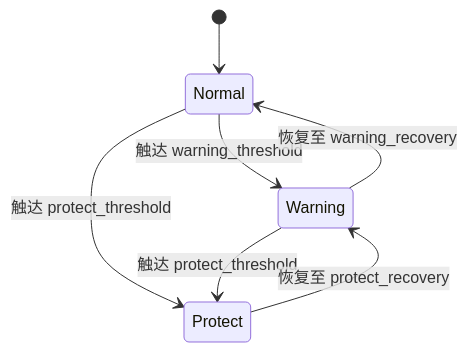
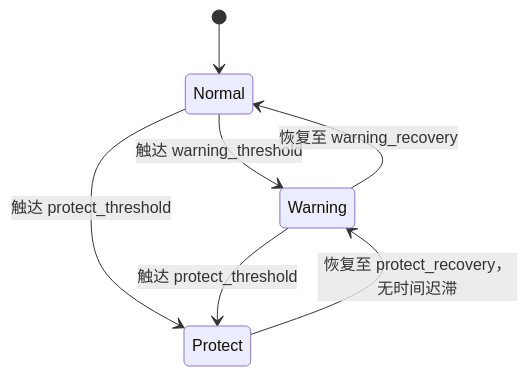
One commit to qingmeijiupiao/Wireless_power_meter_lite changed the first of 3 diagrams in components/app/protect/README.md. Above: the diagram before and after it, drawn with Mermaid. The commit also changed other lines of this file and 6 other files, not shown here.

````diff
--- a/components/app/protect/README.md
+++ b/components/app/protect/README.md
@@ -18,9 +19,9 @@
 ```mermaid
 stateDiagram-v2
     [*] --> Normal
     Normal --> Warning : 触达 warning_threshold
     Normal --> Protect : 触达 protect_threshold
     Warning --> Protect : 触达 protect_threshold
     Warning --> Normal : 恢复至 warning_recovery
-    Protect --> Warning : 恢复至 protect_recovery
+    Protect --> Warning : 恢复至 protect_recovery，无时间迟滞
 ```
````
